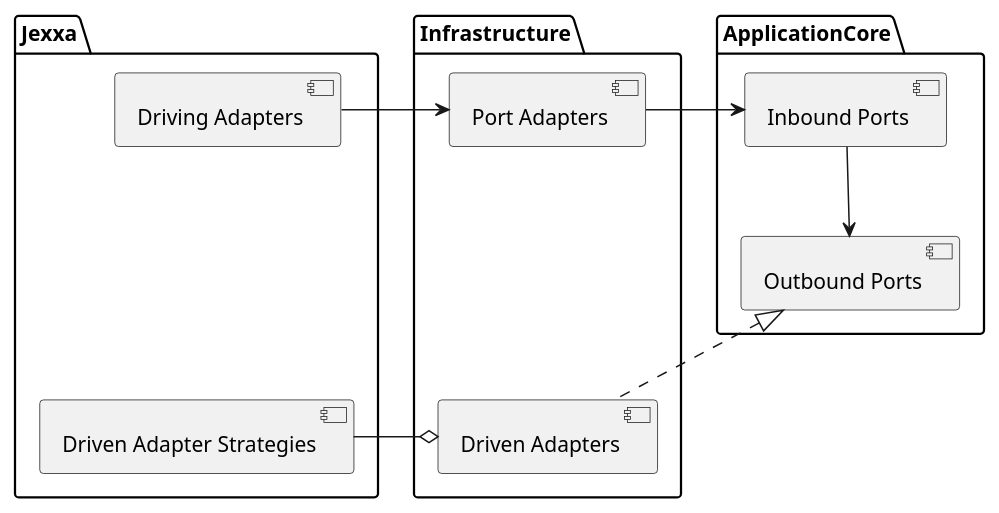
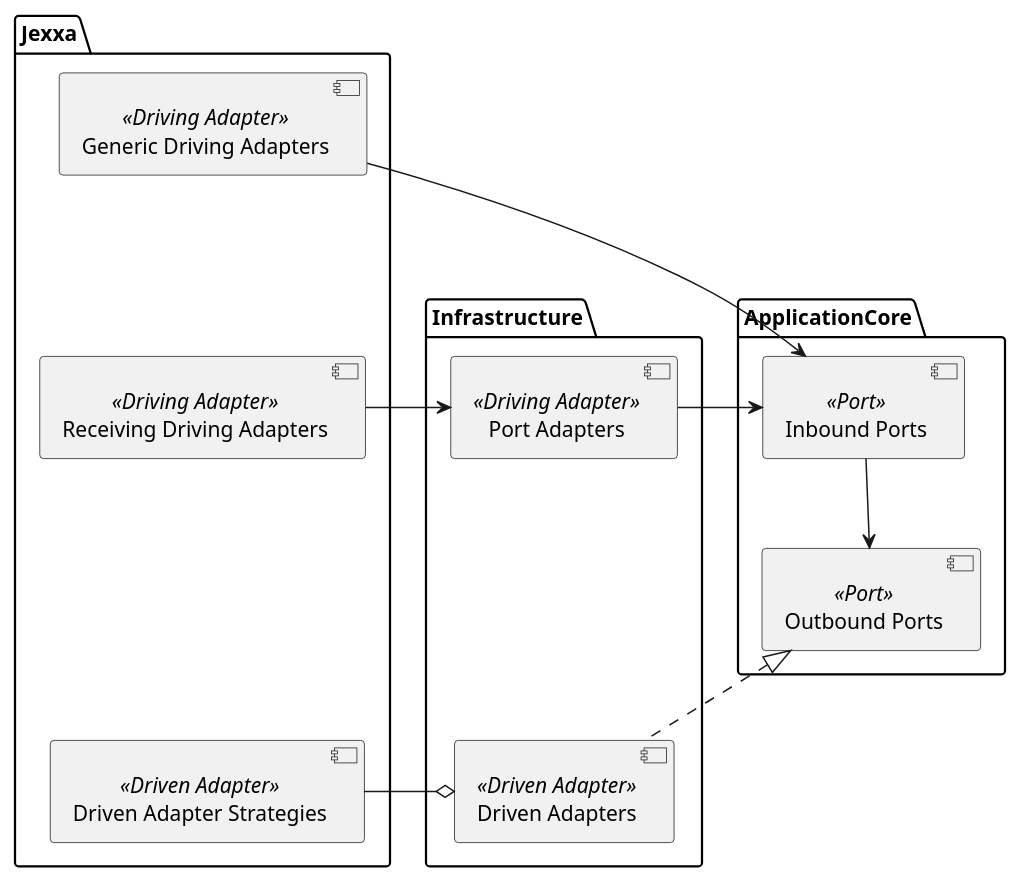
One commit to jexxa-projects/Jexxa changed the diagram in doc/jexxa.adoc. Above: the diagram before and after it, drawn with PlantUML. The commit also changed other lines of this file, not shown here.

```diff
--- a/doc/jexxa.adoc
+++ b/doc/jexxa.adoc
@@ -129,33 +146,38 @@
 [plantuml, diagram-components, svg, align=center]
 ....
+skinparam PackagePadding 20
 
 package Jexxa {
-[Driving Adapters]
-[Driven Adapter Strategies]
+[Generic Driving Adapters]  <<Driving Adapter>>
+[Receiving Driving Adapters] <<Driving Adapter>>
+[Driven Adapter Strategies] <<Driven Adapter>>
 }
 
 package ApplicationCore {
-[Inbound Ports]
-[Outbound Ports]
+[Inbound Ports] <<Port>>
+[Outbound Ports] <<Port>>
 }
 
 
 package Infrastructure {
-[Port Adapters]
-[Driven Adapters]
+[Port Adapters] <<Driving Adapter>>
+[Driven Adapters] <<Driven Adapter>>
 }
 
 
+[Receiving Driving Adapters] -right-> [Port Adapters]
+[Generic Driving Adapters] -right-> [Inbound Ports]
 
-[Driving Adapters] -right--> [Port Adapters]
-[Port Adapters] -right--> [Inbound Ports]
+[Port Adapters] -right-> [Inbound Ports]
 [Inbound Ports] -down-> [Outbound Ports]
 [Outbound Ports] <|.. [Driven Adapters]
 [Driven Adapters] o-left-[Driven Adapter Strategies]
 
 
-[Driving Adapters] -[hidden]-- [Driven Adapter Strategies]
+[Generic Driving Adapters] -[hidden]- [Port Adapters]
+[Generic Driving Adapters] --[hidden]- [Receiving Driving Adapters]
+[Receiving Driving Adapters] -[hidden]-- [Driven Adapter Strategies]
 [Port Adapters] -[hidden]-- [Driven Adapters]
 
 
 ....
```
